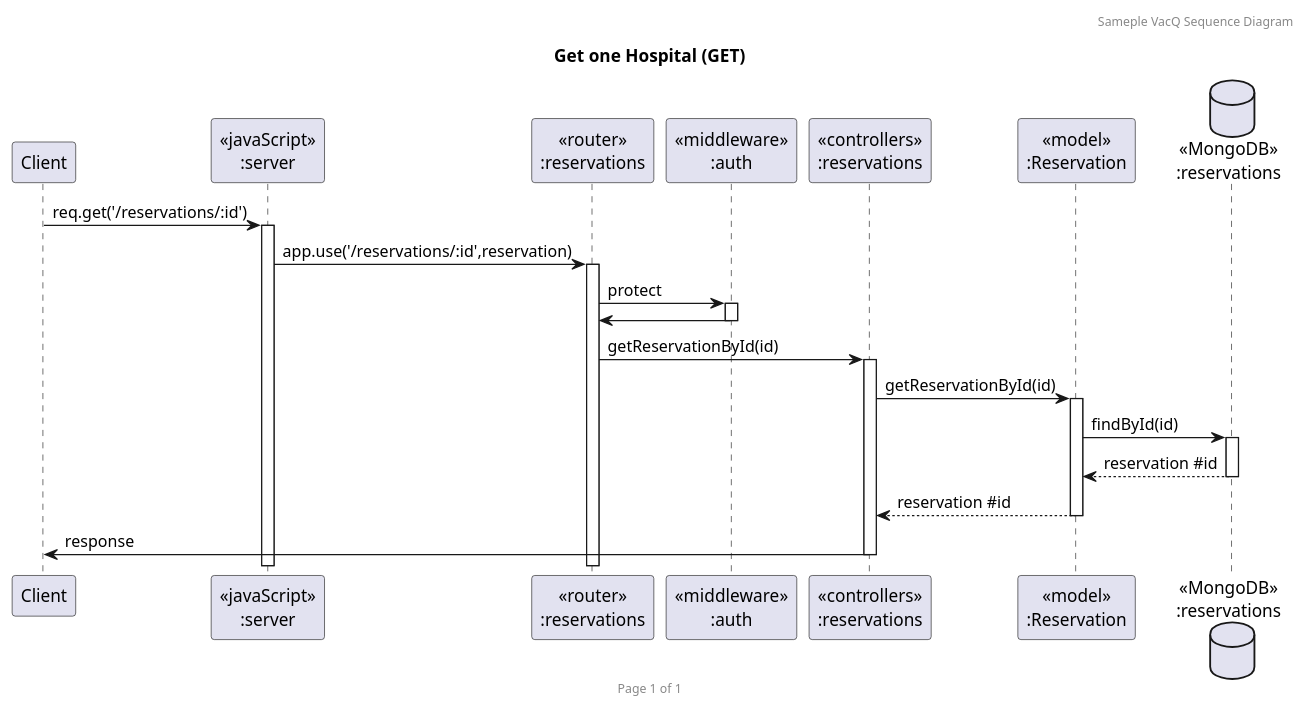
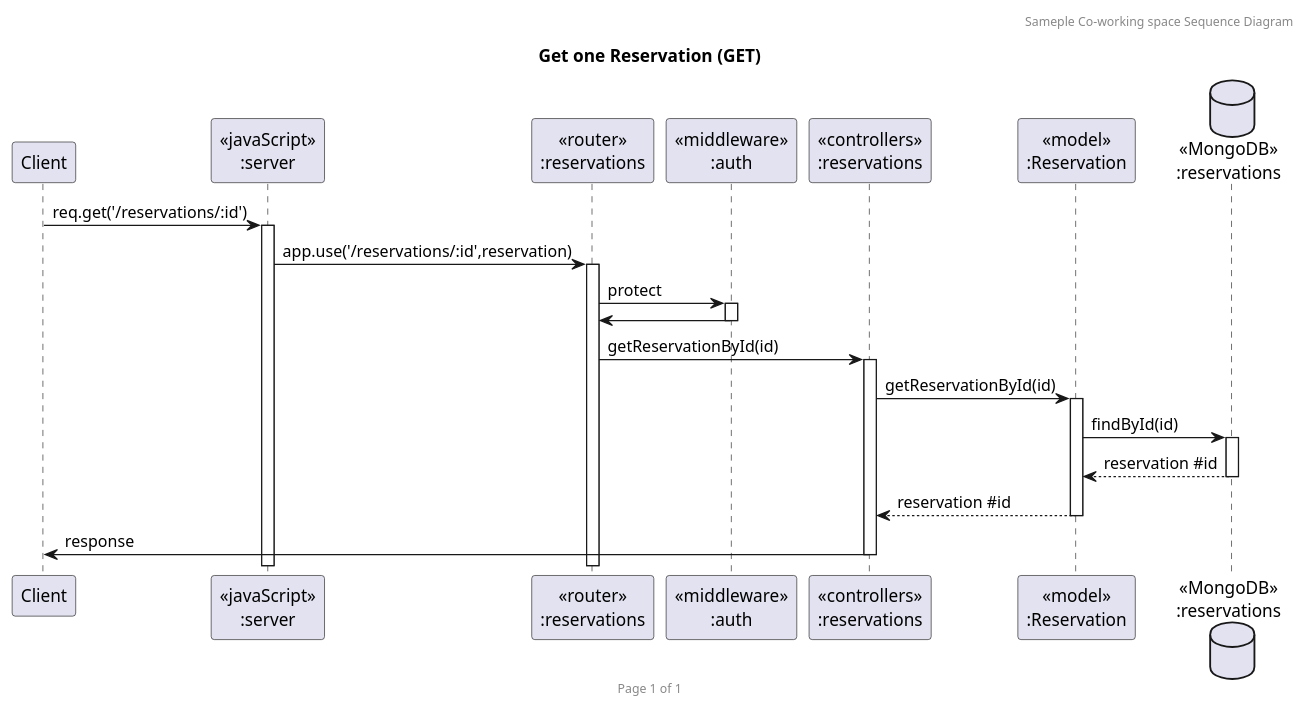
The diagram in uml/coWorking_reservation_getone.puml (GavinITP/co-working-space-reservation), drawn with PlantUML before and after one commit. The commit also changed 4 other files, not shown here.

```diff
--- a/uml/coWorking_reservation_getone.puml
+++ b/uml/coWorking_reservation_getone.puml
@@ -1,26 +1,26 @@
-@startuml Get one Hospital (GET)
+@startuml Get one Reservation (GET)
 
-header Sameple VacQ Sequence Diagram
+header Sameple Co-working space Sequence Diagram
 footer Page %page% of %lastpage%
-title "Get one Hospital (GET)"
+title "Get one Reservation (GET)"
 
 participant "Client" as client
 participant "<<javaScript>>\n:server" as server
 participant "<<router>>\n:reservations" as routerReservation
 participant "<<middleware>>\n:auth" as middleware
 participant "<<controllers>>\n:reservations" as controllersReservation
 participant "<<model>>\n:Reservation" as modelReservation
 database "<<MongoDB>>\n:reservations" as ReservationDatabase
 
 client->server ++:req.get('/reservations/:id')
 server->routerReservation ++:app.use('/reservations/:id',reservation)
 routerReservation -> middleware ++: protect
 middleware -> routerReservation --: 
 routerReservation -> controllersReservation ++:getReservationById(id)
 controllersReservation->modelReservation ++:getReservationById(id)
 modelReservation ->ReservationDatabase ++: findById(id)
 ReservationDatabase --> modelReservation --: reservation #id
 controllersReservation <-- modelReservation --: reservation #id
 controllersReservation->client --:response
 
 @enduml
```
